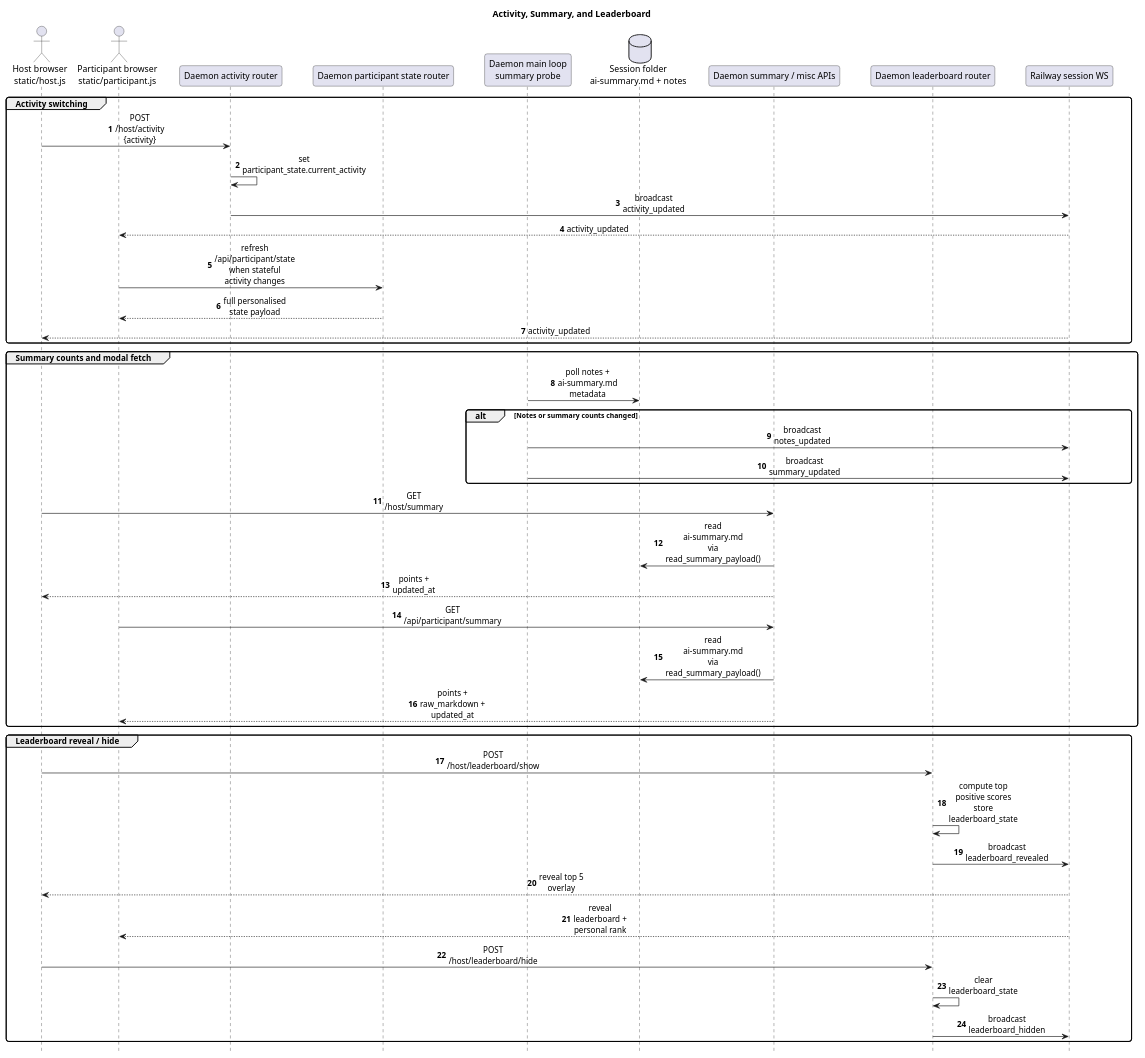
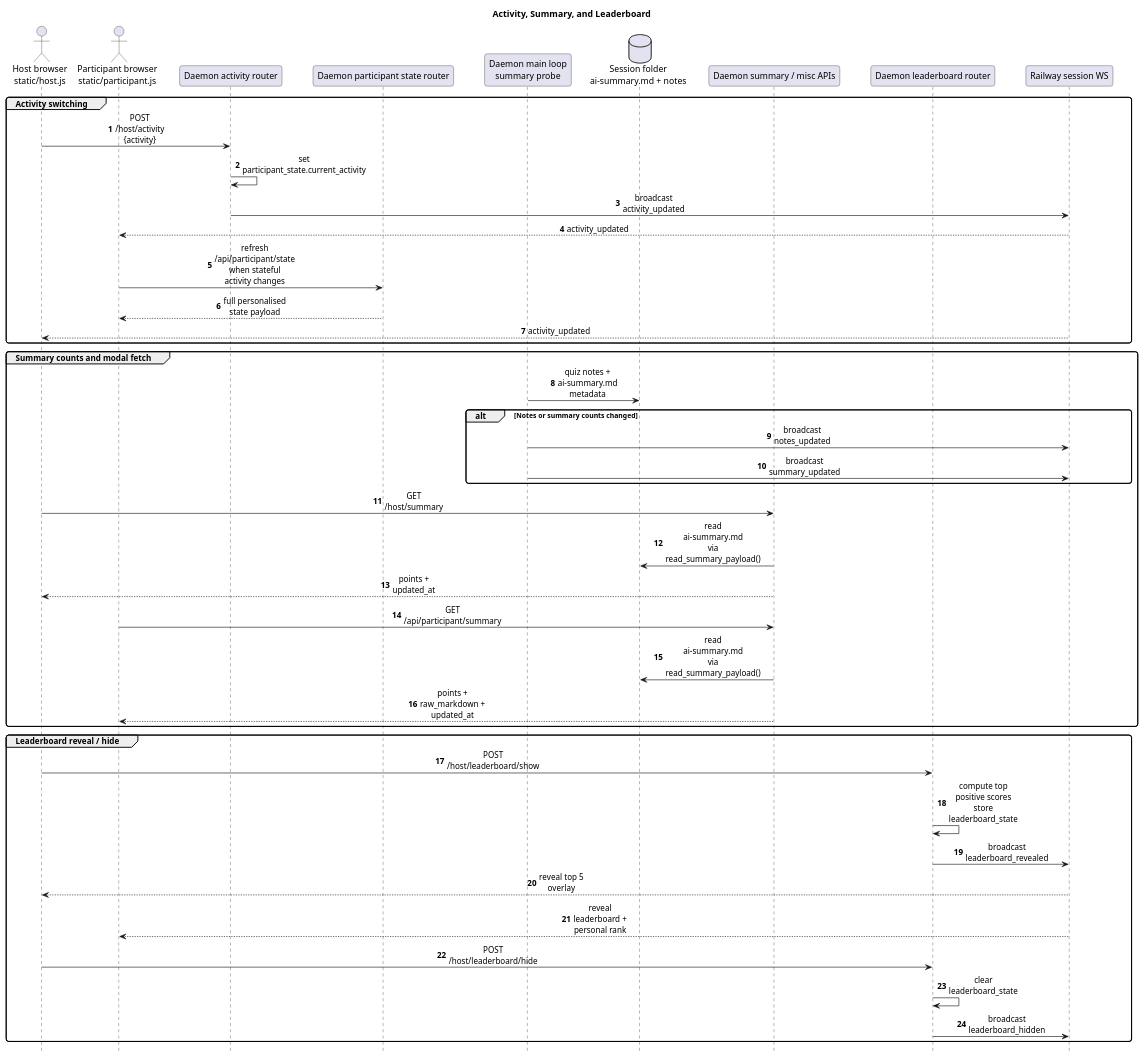
Before and after one commit to victorrentea/training-assistant: the diagram in docs/sequences/manual/08-activity-summary-and-leaderboard.puml, drawn with PlantUML. The commit also changed 192 other files, not shown here.

First line of the commit message:
refactor: rename Poll feature → Quiz (codebase, wire protocol, docs)

```diff
--- a/docs/sequences/manual/08-activity-summary-and-leaderboard.puml
+++ b/docs/sequences/manual/08-activity-summary-and-leaderboard.puml
@@ -1,61 +1,61 @@
 @startuml
 title Activity, Summary, and Leaderboard
 hide footbox
 autonumber
 
 skinparam BackgroundColor transparent
 skinparam SequenceMessageAlign center
 skinparam ParticipantPadding 20
 skinparam BoxPadding 10
 skinparam MaxMessageSize 110
 skinparam WrapWidth 220
 skinparam RoundCorner 8
 
 actor "Host browser\nstatic/host.js" as Host
 actor "Participant browser\nstatic/participant.js" as Participant
 participant "Daemon activity router" as ActivityAPI
 participant "Daemon participant state router" as ParticipantStateAPI
 participant "Daemon main loop\nsummary probe" as Loop
 database "Session folder\nai-summary.md + notes" as SessionFiles
 participant "Daemon summary / misc APIs" as SummaryAPI
 participant "Daemon leaderboard router" as LeaderboardAPI
 participant "Railway session WS" as RailwayWS
 
 group Activity switching
 Host -> ActivityAPI: POST /host/activity {activity}
 ActivityAPI -> ActivityAPI: set participant_state.current_activity
 ActivityAPI -> RailwayWS: broadcast activity_updated
 RailwayWS --> Participant: activity_updated
 Participant -> ParticipantStateAPI: refresh /api/participant/state\nwhen stateful activity changes
 ParticipantStateAPI --> Participant: full personalised state payload
 RailwayWS --> Host: activity_updated
 end
 
 group Summary counts and modal fetch
-Loop -> SessionFiles: poll notes + ai-summary.md metadata
+Loop -> SessionFiles: quiz notes + ai-summary.md metadata
 alt Notes or summary counts changed
   Loop -> RailwayWS: broadcast notes_updated
   Loop -> RailwayWS: broadcast summary_updated
 end
 
 Host -> SummaryAPI: GET /host/summary
 SummaryAPI -> SessionFiles: read ai-summary.md via read_summary_payload()
 SummaryAPI --> Host: points + updated_at
 
 Participant -> SummaryAPI: GET /api/participant/summary
 SummaryAPI -> SessionFiles: read ai-summary.md via read_summary_payload()
 SummaryAPI --> Participant: points + raw_markdown + updated_at
 end
 
 group Leaderboard reveal / hide
 Host -> LeaderboardAPI: POST /host/leaderboard/show
 LeaderboardAPI -> LeaderboardAPI: compute top positive scores\nstore leaderboard_state
 LeaderboardAPI -> RailwayWS: broadcast leaderboard_revealed
 RailwayWS --> Host: reveal top 5 overlay
 RailwayWS --> Participant: reveal leaderboard + personal rank
 
 Host -> LeaderboardAPI: POST /host/leaderboard/hide
 LeaderboardAPI -> LeaderboardAPI: clear leaderboard_state
 LeaderboardAPI -> RailwayWS: broadcast leaderboard_hidden
 end
 @enduml
```
